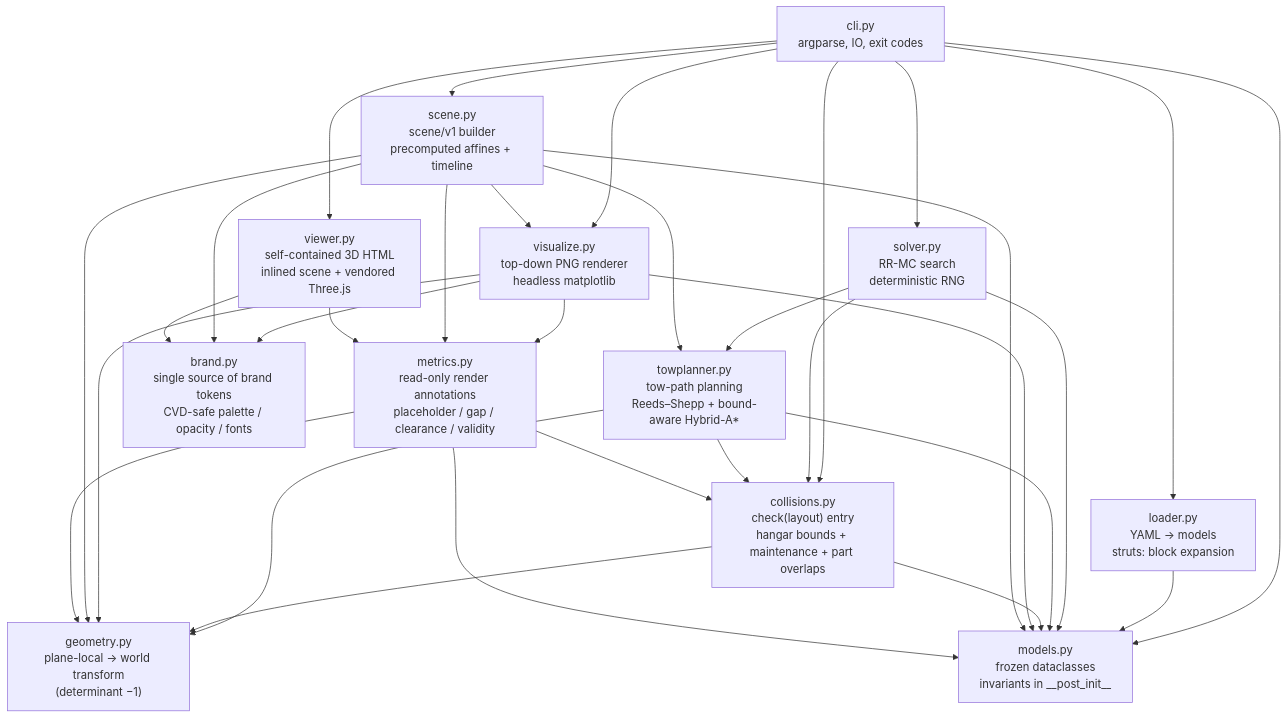
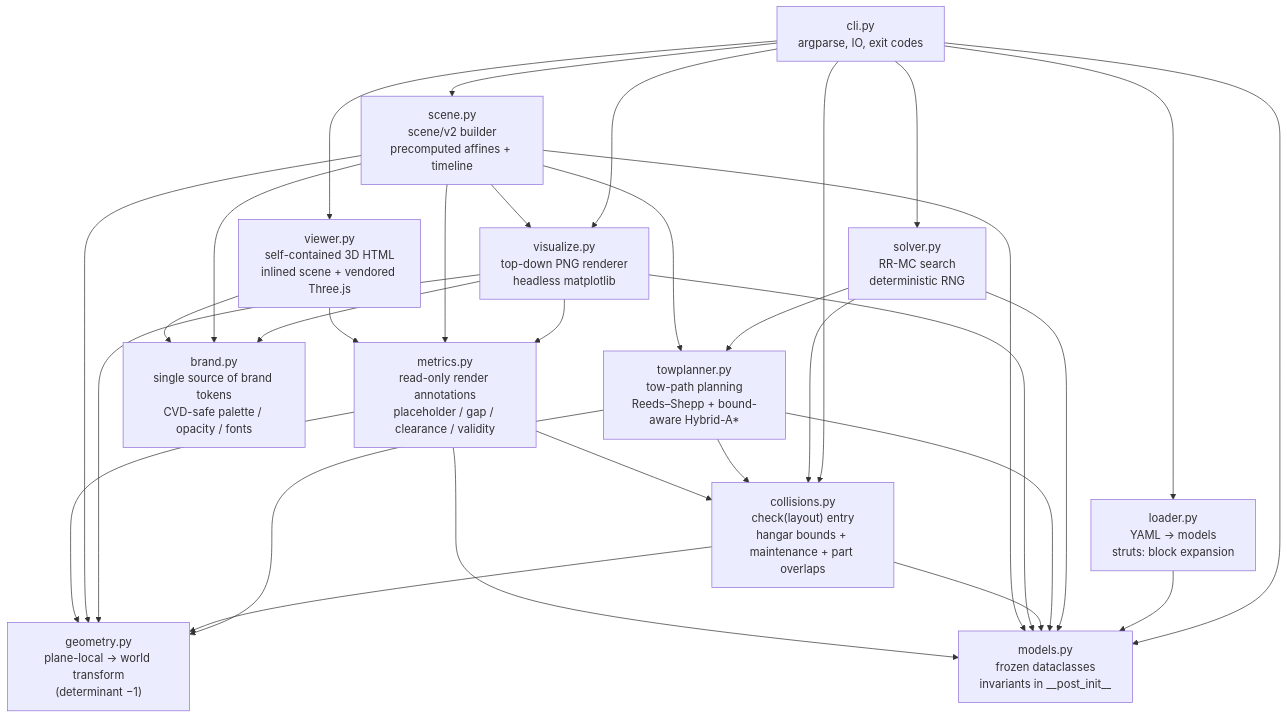
One commit to DocGerd/hangarfit changed the first of 2 diagrams in docs/architecture/05-building-block-view.md. Above: the diagram before and after it, drawn with Mermaid. The commit also changed other lines of this file and 1 other file, not shown here.

First line of the commit message:
docs: fix scene/v2 schema example canonicalization + §5 living prose (#597 review)

````diff
--- a/docs/architecture/05-building-block-view.md
+++ b/docs/architecture/05-building-block-view.md
@@ -9,56 +9,56 @@
 ```mermaid
 flowchart TD
     cli["cli.py<br/>argparse, IO, exit codes"]
     loader["loader.py<br/>YAML → models<br/>struts: block expansion"]
     models["models.py<br/>frozen dataclasses<br/>invariants in __post_init__"]
     geometry["geometry.py<br/>plane-local → world transform<br/>(determinant −1)"]
     collisions["collisions.py<br/>check(layout) entry<br/>hangar bounds + maintenance + part overlaps"]
     solver["solver.py<br/>RR-MC search<br/>deterministic RNG"]
     towplanner["towplanner.py<br/>tow-path planning<br/>Reeds–Shepp + bound-aware Hybrid-A*"]
     visualize["visualize.py<br/>top-down PNG renderer<br/>headless matplotlib"]
-    scene["scene.py<br/>scene/v1 builder<br/>precomputed affines + timeline"]
+    scene["scene.py<br/>scene/v2 builder<br/>precomputed affines + timeline"]
     viewer["viewer.py<br/>self-contained 3D HTML<br/>inlined scene + vendored Three.js"]
     metrics["metrics.py<br/>read-only render annotations<br/>placeholder / gap / clearance / validity"]
     brand["brand.py<br/>single source of brand tokens<br/>CVD-safe palette / opacity / fonts"]
 
     cli --> loader
     cli --> collisions
     cli --> solver
     cli --> visualize
     cli --> scene
     cli --> viewer
     cli --> models
 
     loader --> models
 
     solver --> collisions
     solver --> models
     solver --> towplanner
 
     towplanner --> collisions
     towplanner --> geometry
     towplanner --> models
 
     collisions --> geometry
     collisions --> models
 
     visualize --> geometry
     visualize --> models
 
     scene --> geometry
     scene --> towplanner
     scene --> visualize
     scene --> models
 
     metrics --> collisions
     metrics --> geometry
     metrics --> models
 
     visualize --> metrics
     scene --> metrics
     viewer --> metrics
 
     visualize --> brand
     scene --> brand
     viewer --> brand
 ```
````
